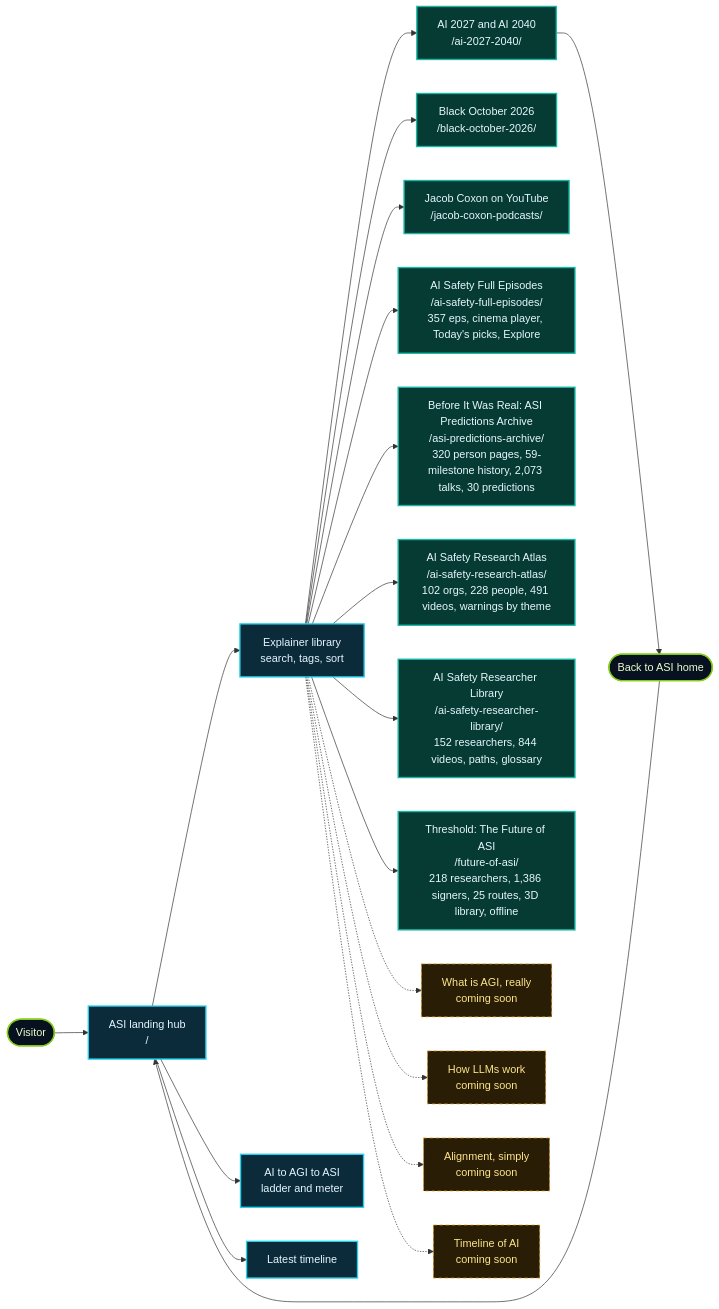
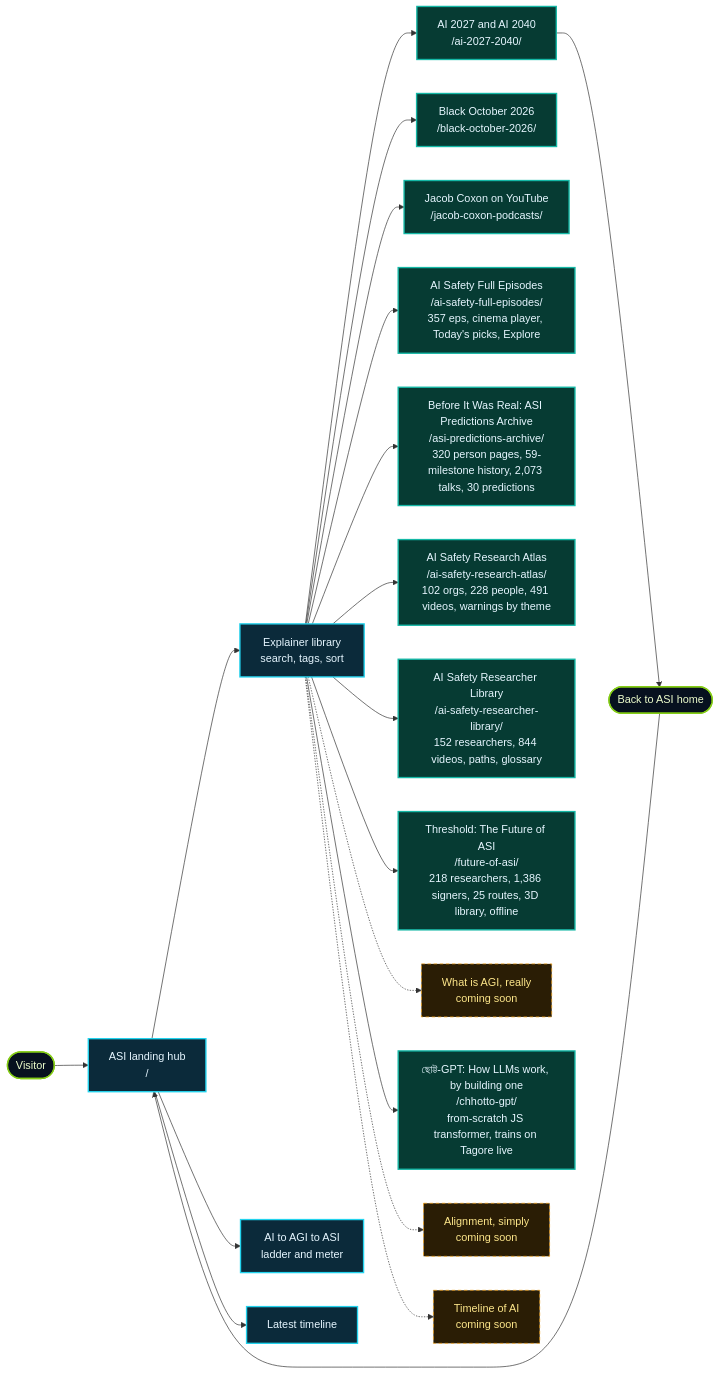
One commit to lo3elyon/ASI changed the first of 17 diagrams in README.md. Above: the diagram before and after it, drawn with Mermaid. The commit also changed other lines of this file and 13 other files, not shown here.

Commit message:
Add ছোট্ট-GPT: from-scratch Bengali GPT trained live in the browser on Tagore's Gitanjali

````diff
--- a/README.md
+++ b/README.md
@@ -76,29 +79,29 @@
 ```mermaid
 flowchart LR
     V(["Visitor"]) --> H["ASI landing hub<br/>/"]
     H --> L["Explainer library<br/>search, tags, sort"]
     H --> G["AI to AGI to ASI<br/>ladder and meter"]
     H --> T["Latest timeline"]
     L --> E1["AI 2027 and AI 2040<br/>/ai-2027-2040/"]
     L --> E6["Black October 2026<br/>/black-october-2026/"]
     L --> E7["Jacob Coxon on YouTube<br/>/jacob-coxon-podcasts/"]
     L --> E8["AI Safety Full Episodes<br/>/ai-safety-full-episodes/<br/>357 eps, cinema player, Today's picks, Explore"]
     L --> E12["Before It Was Real: ASI Predictions Archive<br/>/asi-predictions-archive/<br/>320 person pages, 59-milestone history, 2,073 talks, 30 predictions"]
     L --> E11["AI Safety Research Atlas<br/>/ai-safety-research-atlas/<br/>102 orgs, 228 people, 491 videos, warnings by theme"]
     L --> E10["AI Safety Researcher Library<br/>/ai-safety-researcher-library/<br/>152 researchers, 844 videos, paths, glossary"]
     L --> E9["Threshold: The Future of ASI<br/>/future-of-asi/<br/>218 researchers, 1,386 signers, 25 routes, 3D library, offline"]
     L -.-> E2["What is AGI, really<br/>coming soon"]
-    L -.-> E3["How LLMs work<br/>coming soon"]
+    L --> E13["ছোট্ট-GPT: How LLMs work, by building one<br/>/chhotto-gpt/<br/>from-scratch JS transformer, trains on Tagore live"]
     L -.-> E4["Alignment, simply<br/>coming soon"]
     L -.-> E5["Timeline of AI<br/>coming soon"]
     E1 --> B(["Back to ASI home"])
     B --> H
     classDef hub fill:#0b2a3a,stroke:#22d3ee,stroke-width:2px,color:#e6f6ff
     classDef live fill:#063b33,stroke:#14b8a6,stroke-width:2px,color:#e6f6ff
     classDef soon fill:#2a1d05,stroke:#f59e0b,stroke-dasharray:5 4,color:#fde68a
     classDef user fill:#07111f,stroke:#84cc16,stroke-width:2px,color:#ecfccb
     class H,L,G,T hub
-    class E1,E6,E7,E8,E9,E10,E11,E12 live
-    class E2,E3,E4,E5 soon
+    class E1,E6,E7,E8,E9,E10,E11,E12,E13 live
+    class E2,E4,E5 soon
     class V,B user
 ```
````
